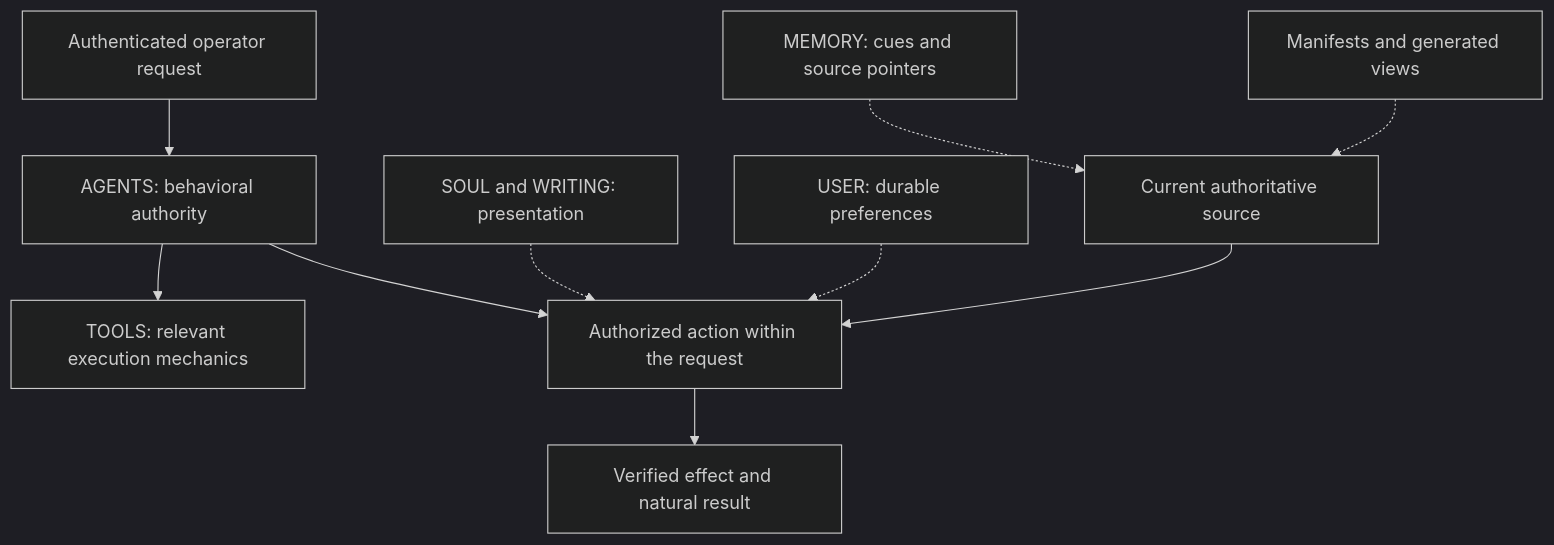
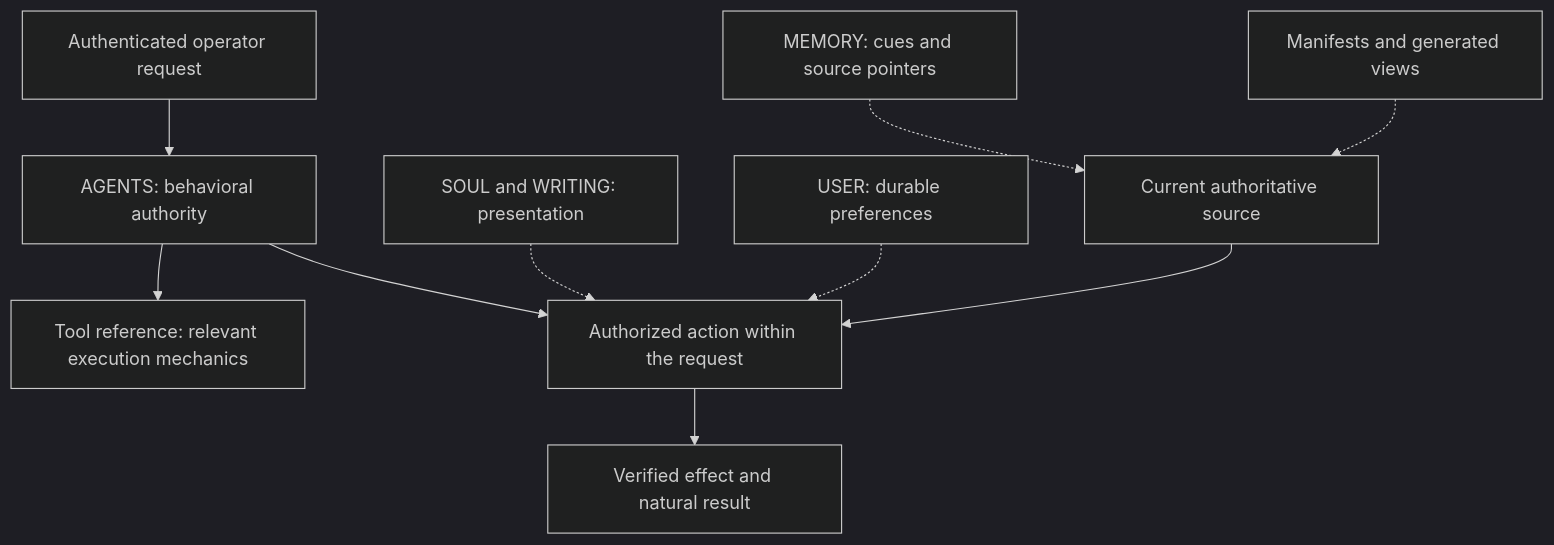
One commit to josephbergvinson/openclaw-control-plane changed the diagram in docs/05-policy-and-authority.md. Above: the diagram before and after it, drawn with Mermaid (dark theme). The commit also changed other lines of this file and 84 other files, not shown here.

````diff
--- a/docs/05-policy-and-authority.md
+++ b/docs/05-policy-and-authority.md
@@ -20,12 +20,12 @@
 ```mermaid
 flowchart TD
   U[Authenticated operator request] --> A[AGENTS: behavioral authority]
-  A --> T[TOOLS: relevant execution mechanics]
+  A --> T[Tool reference: relevant execution mechanics]
   A --> E[Authorized action within the request]
   S[SOUL and WRITING: presentation] -.-> E
   P[USER: durable preferences] -.-> E
   M[MEMORY: cues and source pointers] -.-> R[Current authoritative source]
   R --> E
   V[Manifests and generated views] -.-> R
   E --> O[Verified effect and natural result]
 ```
````
